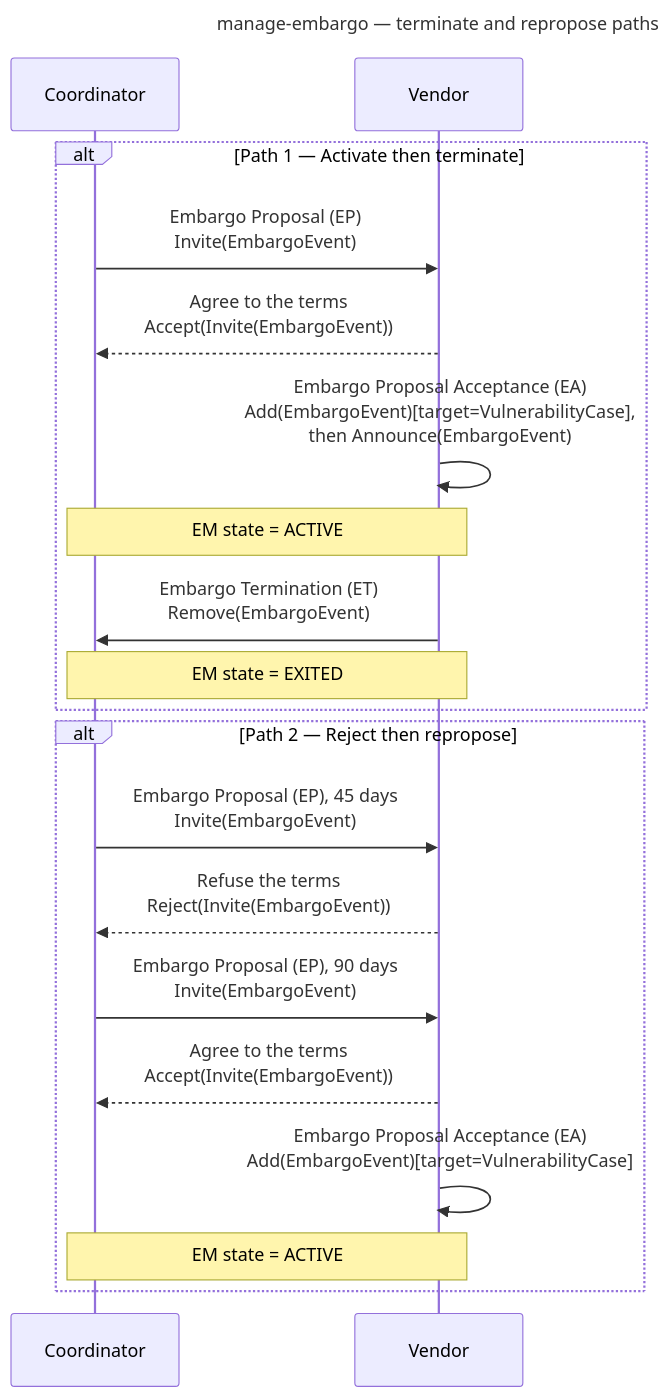
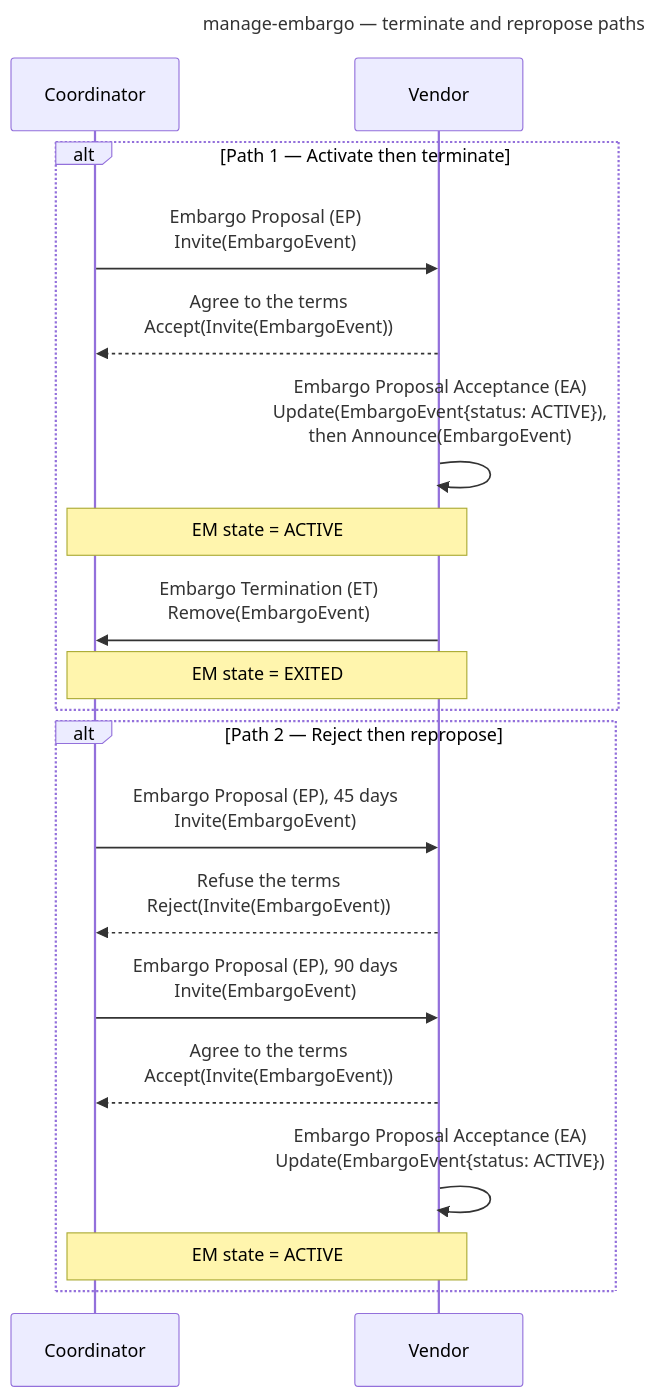
One commit to CERTCC/Vultron changed the seventh of 9 diagrams in docs/tutorials/other_demos.md. Above: the diagram before and after it, drawn with Mermaid. The commit also changed other lines of this file and 145 other files, not shown here.

First line of the commit message:
feat(embargo): the Case Owner decides a proposal with its own Update of the embargo's status

````diff
--- a/docs/tutorials/other_demos.md
+++ b/docs/tutorials/other_demos.md
@@ -385,26 +385,26 @@
 ```mermaid
 ---
 title: manage-embargo — terminate and repropose paths
 ---
 sequenceDiagram
     participant C as Coordinator
     participant V as Vendor
 
     alt Path 1 — Activate then terminate
         C->>V: Embargo Proposal (EP)<br/>Invite(EmbargoEvent)
         V-->>C: Agree to the terms<br/>Accept(Invite(EmbargoEvent))
-        V->>V: Embargo Proposal Acceptance (EA)<br/>Add(EmbargoEvent)[target=VulnerabilityCase],<br/>then Announce(EmbargoEvent)
+        V->>V: Embargo Proposal Acceptance (EA)<br/>Update(EmbargoEvent{status: ACTIVE}),<br/>then Announce(EmbargoEvent)
         Note over C,V: EM state = ACTIVE
         V->>C: Embargo Termination (ET)<br/>Remove(EmbargoEvent)
         Note over C,V: EM state = EXITED
     end
 
     alt Path 2 — Reject then repropose
         C->>V: Embargo Proposal (EP), 45 days<br/>Invite(EmbargoEvent)
         V-->>C: Refuse the terms<br/>Reject(Invite(EmbargoEvent))
         C->>V: Embargo Proposal (EP), 90 days<br/>Invite(EmbargoEvent)
         V-->>C: Agree to the terms<br/>Accept(Invite(EmbargoEvent))
-        V->>V: Embargo Proposal Acceptance (EA)<br/>Add(EmbargoEvent)[target=VulnerabilityCase]
+        V->>V: Embargo Proposal Acceptance (EA)<br/>Update(EmbargoEvent{status: ACTIVE})
         Note over C,V: EM state = ACTIVE
     end
 ```
````
